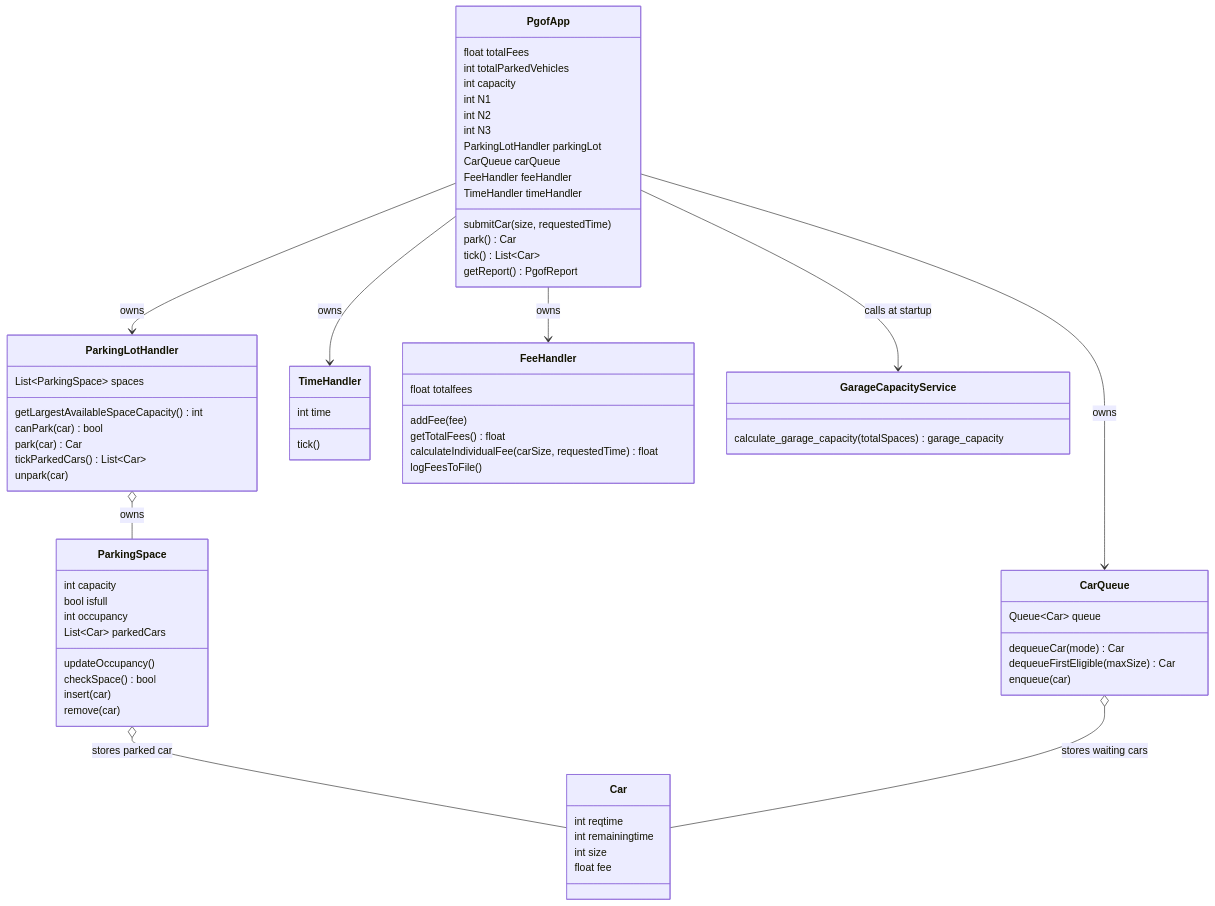
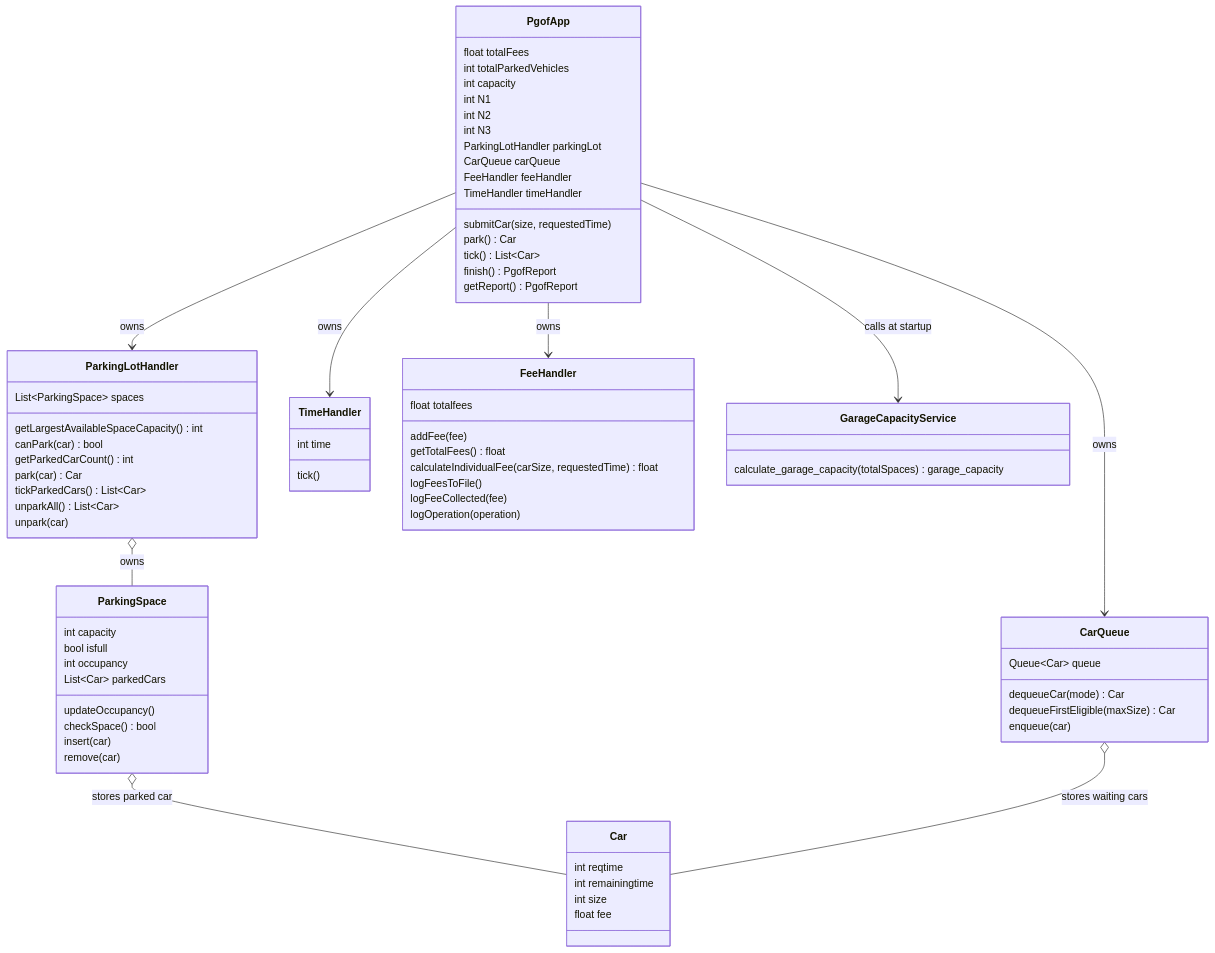
Before and after one commit to sanleches/PGOF: the first of 2 diagrams in design.md, drawn with Mermaid. The commit also changed other lines of this file and 8 other files, not shown here.

Commit message:
Enhance parking application: implement finish method for unparked cars, log final totals, and update report structure

```diff
--- a/design.md
+++ b/design.md
@@ -143,6 +167,7 @@
         submitCar(size, requestedTime)
         park() Car
         tick() List~Car~
+        finish() PgofReport
         getReport() PgofReport
     }
 
@@ -150,8 +175,10 @@
         List~ParkingSpace~ spaces
         getLargestAvailableSpaceCapacity() int
         canPark(car) bool
+        getParkedCarCount() int
         park(car) Car
         tickParkedCars() List~Car~
+        unparkAll() List~Car~
         unpark(car)
     }
 
@@ -184,6 +211,8 @@
         getTotalFees() float
         calculateIndividualFee(carSize, requestedTime) float
         logFeesToFile()
+        logFeeCollected(fee)
+        logOperation(operation)
     }
 
     class GarageCapacityService {
```
